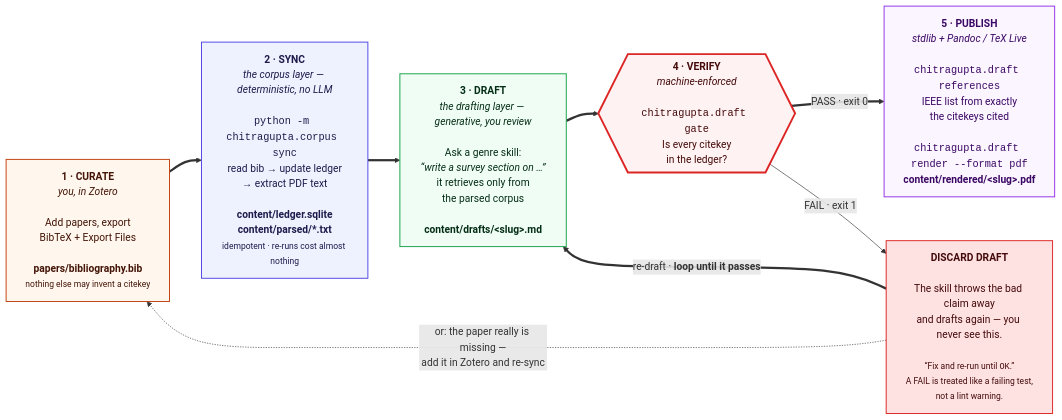
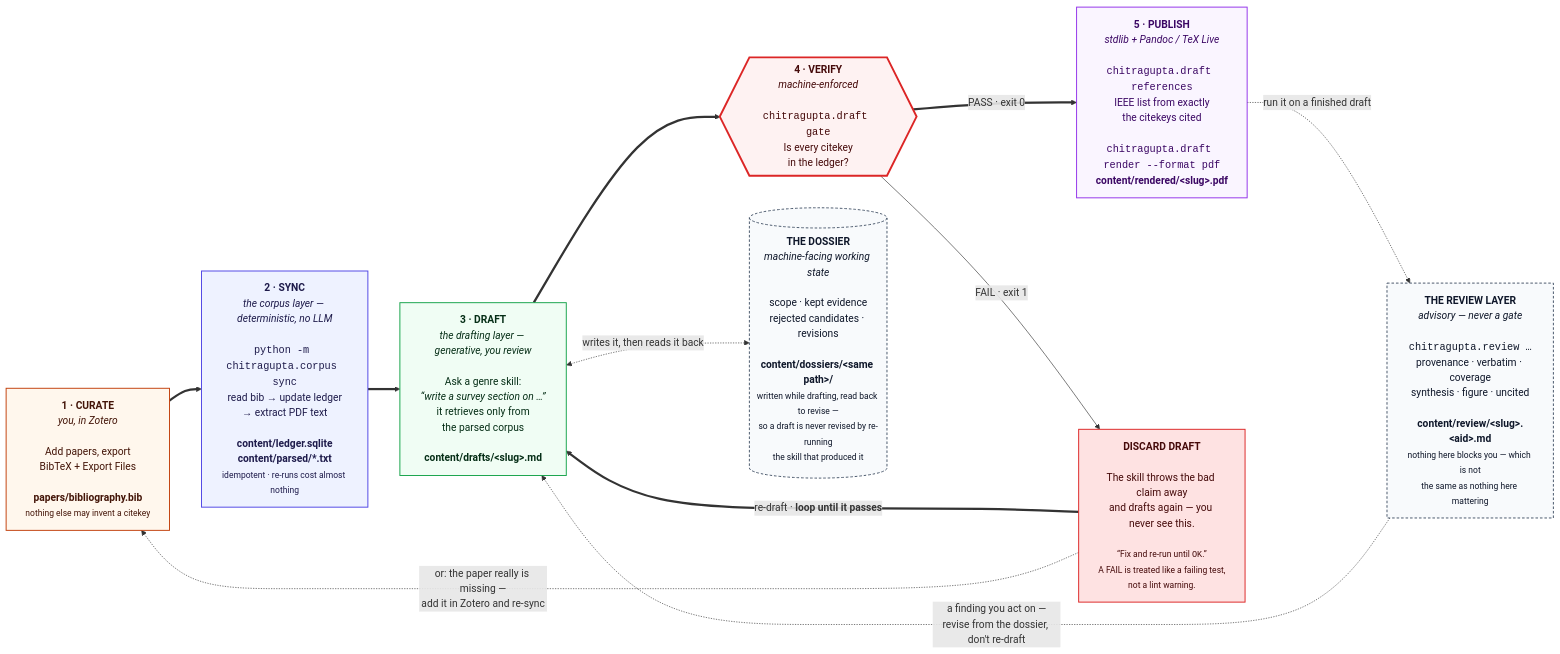
Before and after one commit to prasadtalasila/chitragupta: the first of 11 diagrams in docs/DIAGRAMS.md, drawn with Mermaid. The commit also changed other lines of this file and 4 other files, not shown here.

````diff
--- a/docs/DIAGRAMS.md
+++ b/docs/DIAGRAMS.md
@@ -61,35 +70,46 @@
 ```mermaid
 flowchart LR
 
   P0["<b>1 · CURATE</b><br/><i>you, in Zotero</i><br/><br/>Add papers, export<br/>BibTeX + Export Files<br/><br/><b>papers/bibliography.bib</b><br/><small>nothing else may invent a citekey</small>"]
 
   P1["<b>2 · SYNC</b><br/><i>the corpus layer — deterministic, no LLM</i><br/><br/><code>python -m chitragupta.corpus sync</code><br/>read bib → update ledger<br/>→ extract PDF text<br/><br/><b>content/ledger.sqlite</b><br/><b>content/parsed/*.txt</b><br/><small>idempotent · re-runs cost almost nothing</small>"]
 
   P2["<b>3 · DRAFT</b><br/><i>the drafting layer — generative, you review</i><br/><br/>Ask a genre skill:<br/><i>“write a survey section on …”</i><br/>it retrieves only from<br/>the parsed corpus<br/><br/><b>content/drafts/&lt;slug&gt;.md</b>"]
 
   P3{{"<b>4 · VERIFY</b><br/><i>machine-enforced</i><br/><br/><code>chitragupta.draft gate</code><br/>Is every citekey<br/>in the ledger?"}}
 
   P4["<b>5 · PUBLISH</b><br/><i>stdlib + Pandoc / TeX Live</i><br/><br/><code>chitragupta.draft references</code><br/>IEEE list from exactly<br/>the citekeys cited<br/><br/><code>chitragupta.draft render --format pdf</code><br/><b>content/rendered/&lt;slug&gt;.pdf</b>"]
 
   FIX["<b>DISCARD DRAFT</b><br/><br/>The skill throws the bad claim away<br/>and drafts again — you never see this.<br/><br/><small>“Fix and re-run until <code>OK</code>.”<br/>A FAIL is treated like a failing test,<br/>not a lint warning.</small>"]
 
+  DOSS[("<b>THE DOSSIER</b><br/><i>machine-facing working state</i><br/><br/>scope · kept evidence<br/>rejected candidates · revisions<br/><br/><b>content/dossiers/&lt;same path&gt;/</b><br/><small>written while drafting, read back to revise —<br/>so a draft is never revised by re-running<br/>the skill that produced it</small>")]
+
+  REV["<b>THE REVIEW LAYER</b><br/><i>advisory — never a gate</i><br/><br/><code>chitragupta.review …</code><br/>provenance · verbatim · coverage<br/>synthesis · figure · uncited<br/><br/><b>content/review/&lt;slug&gt;.&lt;aid&gt;.md</b><br/><small>nothing here blocks you — which is not<br/>the same as nothing here mattering</small>"]
+
   P0 ==> P1 ==> P2 ==> P3
   P3 == "PASS · exit 0" ==> P4
   P3 -- "FAIL · exit 1" --> FIX
   FIX == "re-draft · <b>loop until it passes</b>" ==> P2
   FIX -. "or: the paper really is missing —<br/>add it in Zotero and re-sync" .-> P0
+
+  P2 <-. "writes it, then reads it back" .-> DOSS
+  P4 -. "run it on a finished draft" .-> REV
+  REV -. "a finding you act on —<br/>revise from the dossier, don't re-draft" .-> P2
 
   classDef you fill:#fff7ed,stroke:#c2410c,stroke-width:1.5px,color:#431407
   classDef det fill:#eef2ff,stroke:#4f46e5,stroke-width:1.5px,color:#1e1b4b
   classDef gen fill:#f0fdf4,stroke:#16a34a,stroke-width:1.5px,color:#052e16
   classDef gate fill:#fef2f2,stroke:#dc2626,stroke-width:3px,color:#450a0a
   classDef out fill:#faf5ff,stroke:#9333ea,stroke-width:1.5px,color:#3b0764
   classDef bad fill:#fee2e2,stroke:#dc2626,stroke-width:1.5px,color:#450a0a
+  classDef side fill:#f8fafc,stroke:#475569,stroke-width:1.5px,stroke-dasharray:4 3,color:#0f172a
 
   class P0 you
   class P1 det
   class P2 gen
   class P3 gate
   class P4 out
   class FIX bad
+  class DOSS side
+  class REV side
 ```
````
